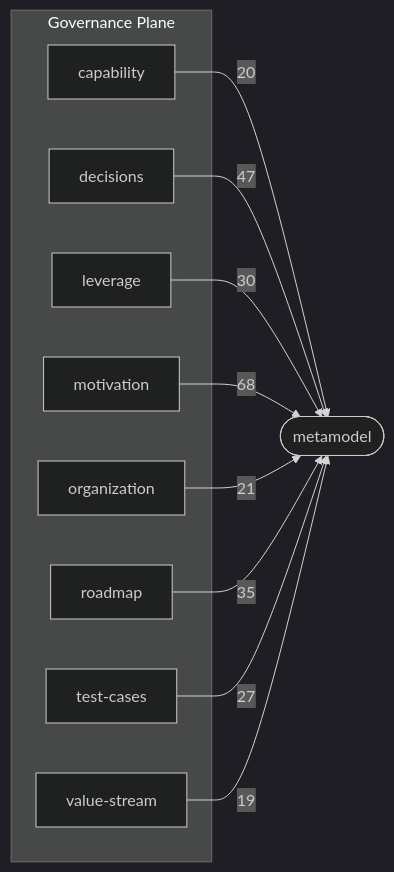
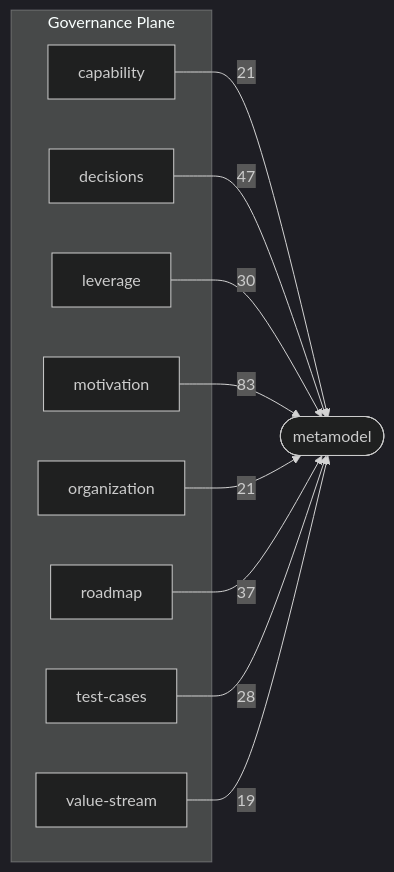
Before and after one commit to Archally/blueprint-schema: the third of 3 diagrams in docs/schema-atlas/v2.8/layer-map.md, drawn with Mermaid (dark theme). The commit also changed other lines of this file and 13 other files, not shown here.

Commit message:
Blueprint Schema 2.8.13: the documentation names the process and the bands the schema accepts

````diff
--- a/docs/schema-atlas/v2.8/layer-map.md
+++ b/docs/schema-atlas/v2.8/layer-map.md
@@ -134,22 +137,22 @@
 ```mermaid
 graph LR
     subgraph governance_plane["Governance Plane"]
         governance_capability_schema_yaml["capability"]
         governance_decisions_schema_yaml["decisions"]
         governance_leverage_schema_yaml["leverage"]
         governance_motivation_schema_yaml["motivation"]
         governance_organization_schema_yaml["organization"]
         governance_roadmap_schema_yaml["roadmap"]
         governance_test_cases_schema_yaml["test-cases"]
         governance_value_stream_schema_yaml["value-stream"]
     end
     metamodel_schema_yaml(["metamodel"])
-    governance_capability_schema_yaml -->|20| metamodel_schema_yaml
+    governance_capability_schema_yaml -->|21| metamodel_schema_yaml
     governance_decisions_schema_yaml -->|47| metamodel_schema_yaml
     governance_leverage_schema_yaml -->|30| metamodel_schema_yaml
-    governance_motivation_schema_yaml -->|68| metamodel_schema_yaml
+    governance_motivation_schema_yaml -->|83| metamodel_schema_yaml
     governance_organization_schema_yaml -->|21| metamodel_schema_yaml
-    governance_roadmap_schema_yaml -->|35| metamodel_schema_yaml
-    governance_test_cases_schema_yaml -->|27| metamodel_schema_yaml
+    governance_roadmap_schema_yaml -->|37| metamodel_schema_yaml
+    governance_test_cases_schema_yaml -->|28| metamodel_schema_yaml
     governance_value_stream_schema_yaml -->|19| metamodel_schema_yaml
 ```
````
